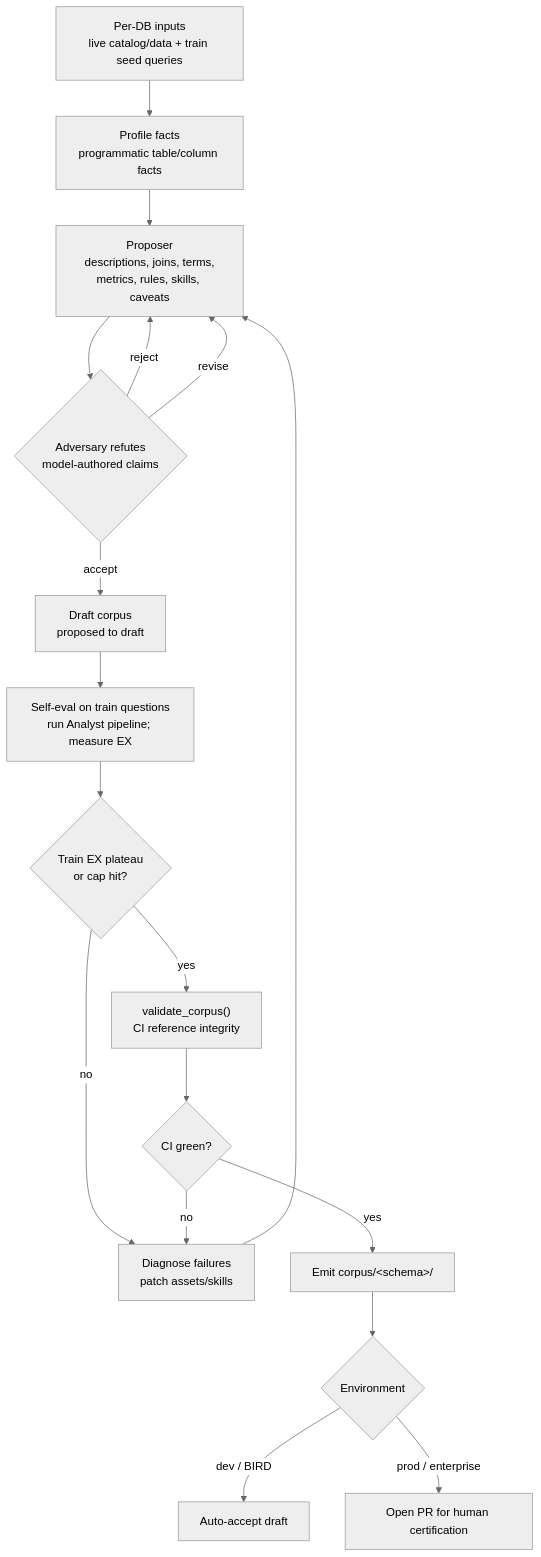
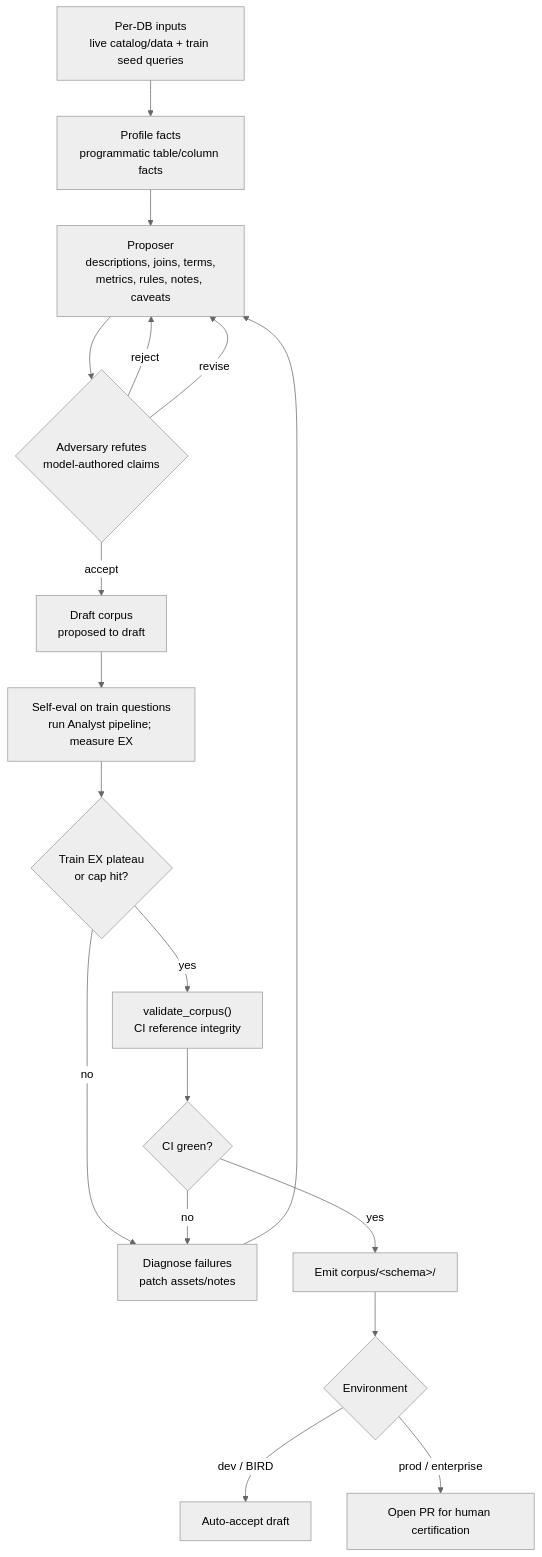
The diagram in docs/curator.md (Minhao-Zhang/governed-bi), drawn with Mermaid (neutral theme) before and after one commit. The commit also changed other lines of this file and 21 other files, not shown here.

First line of the commit message:
docs: sync docs to code (skill->note, multi_schema retired, D17/D18, model)

````diff
--- a/docs/curator.md
+++ b/docs/curator.md
@@ -74,20 +74,20 @@
 ```mermaid
 flowchart TD
     Inputs["Per-DB inputs<br/>live catalog/data + train seed queries"] --> Profile["Profile facts<br/>programmatic table/column facts"]
-    Profile --> Propose["Proposer<br/>descriptions, joins, terms,<br/>metrics, rules, skills, caveats"]
+    Profile --> Propose["Proposer<br/>descriptions, joins, terms,<br/>metrics, rules, notes, caveats"]
     Propose --> Adversary{"Adversary refutes<br/>model-authored claims"}
     Adversary -->|reject| Propose
     Adversary -->|revise| Propose
     Adversary -->|accept| Draft["Draft corpus<br/>proposed to draft"]
     Draft --> SelfEval["Self-eval on train questions<br/>run Analyst pipeline; measure EX"]
     SelfEval --> Plateau{"Train EX plateau<br/>or cap hit?"}
-    Plateau -->|no| Diagnose["Diagnose failures<br/>patch assets/skills"]
+    Plateau -->|no| Diagnose["Diagnose failures<br/>patch assets/notes"]
     Diagnose --> Propose
     Plateau -->|yes| Validate["validate_corpus()<br/>CI reference integrity"]
     Validate --> Green{"CI green?"}
     Green -->|no| Diagnose
     Green -->|yes| Emit["Emit corpus/&lt;schema&gt;/"]
     Emit --> Mode{"Environment"}
     Mode -->|dev / BIRD| AutoAccept["Auto-accept draft"]
     Mode -->|prod / enterprise| PullRequest["Open PR for human certification"]
 ```
````
